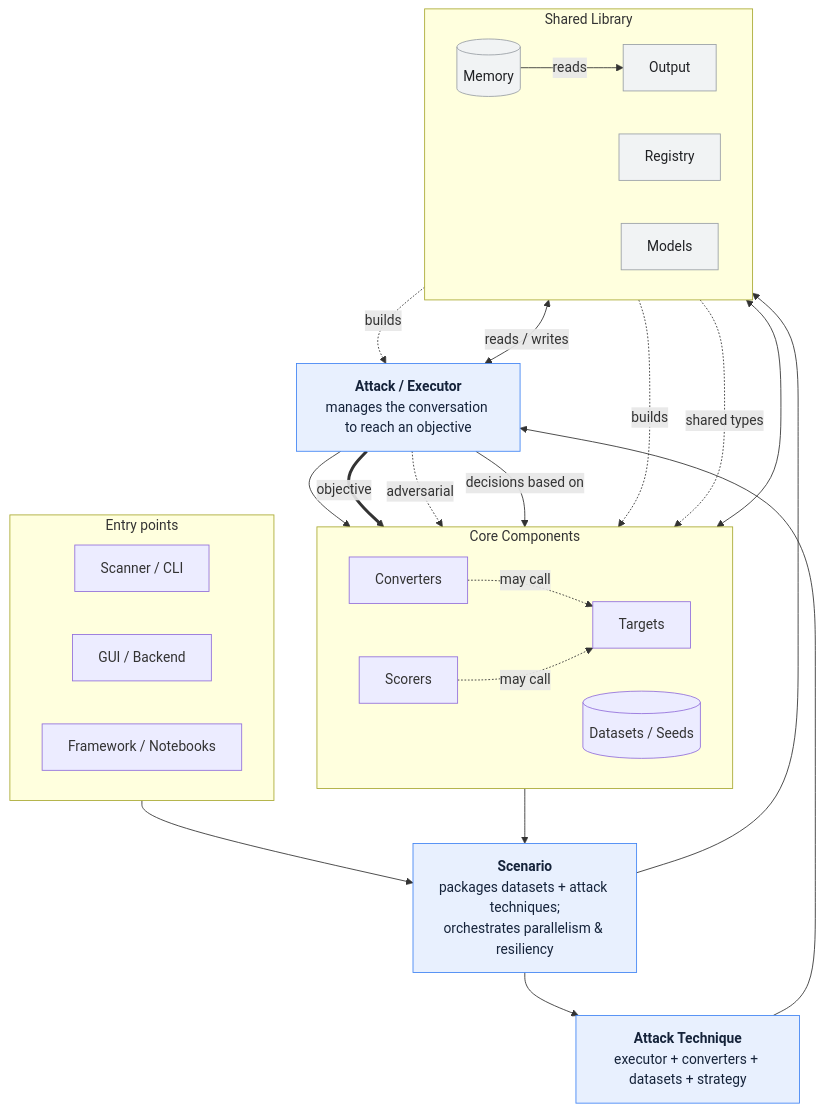
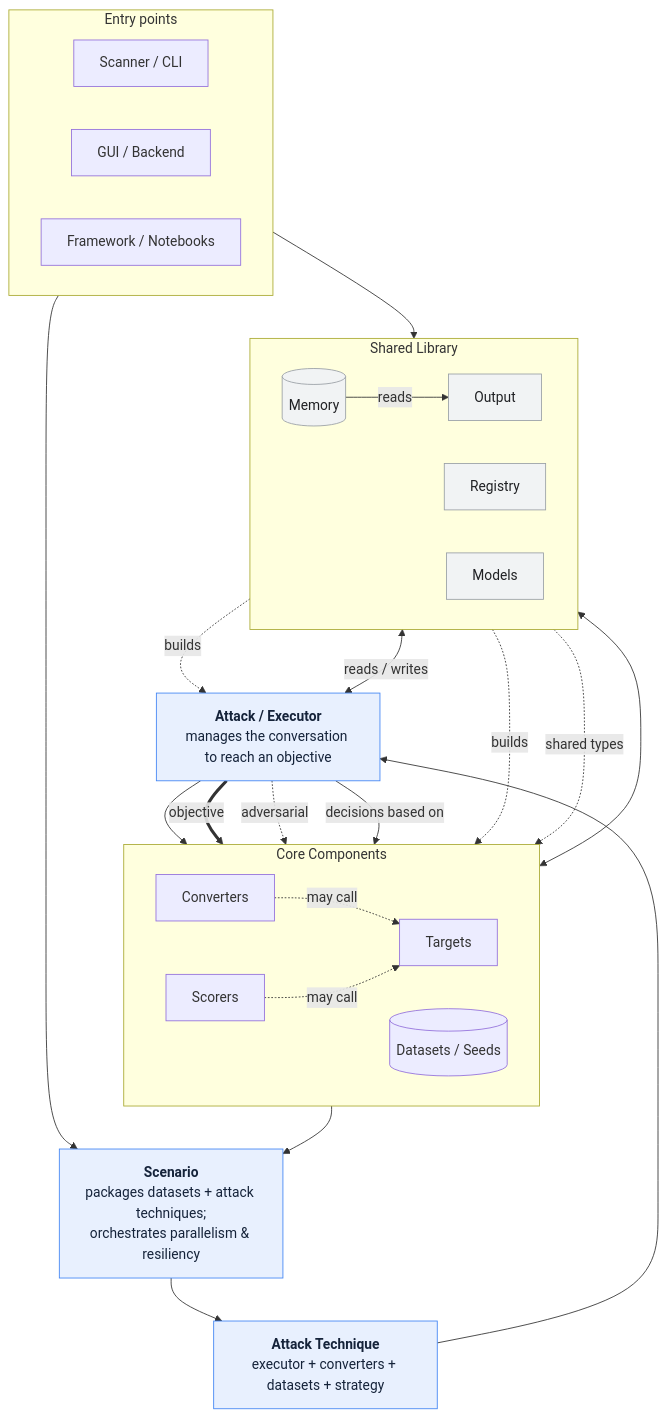
One commit to microsoft/PyRIT changed the first of 2 diagrams in doc/code/framework.md. Above: the diagram before and after it, drawn with Mermaid.

Commit message:
DOC: entry points invoke Output, not scenarios
Scenarios return results; they don't render them. The entry points
(Scanner/CLI, GUI/Backend, Framework/Notebooks) invoke Output to display
results, pulling the data from Memory. Re-point the render edge from
entry points instead of Scenario.

````diff
--- a/doc/code/framework.md
+++ b/doc/code/framework.md
@@ -55,53 +55,53 @@
 ```mermaid
 flowchart TB
     subgraph entry [Entry points]
         direction LR
         CLI[Scanner / CLI]
         GUI[GUI / Backend]
         FW[Framework / Notebooks]
     end
 
     SCEN["<b>Scenario</b><br/>packages datasets + attack techniques;<br/>orchestrates parallelism &amp; resiliency"]
     TECH["<b>Attack Technique</b><br/>executor + converters + datasets + strategy"]
     ATK["<b>Attack / Executor</b><br/>manages the conversation to reach an objective"]
 
     subgraph core [Core Components]
         direction LR
         CONV[Converters]
         SCORE[Scorers]
         TGT[Targets]
         DATA[(Datasets / Seeds)]
     end
 
     subgraph lib [Shared Library]
         direction LR
         MEM[(Memory)]
         REG[Registry]
         MODEL[Models]
         OUT[Output]
     end
 
     entry --> SCEN
     DATA --> SCEN
     SCEN --> TECH --> ATK
 
     ATK --> CONV
     ATK == objective ==> TGT
     ATK -. adversarial .-> TGT
     ATK -- decisions based on --> SCORE
     CONV -. may call .-> TGT
     SCORE -. may call .-> TGT
 
     REG -. builds .-> core
     REG -. builds .-> ATK
     ATK <-- reads / writes --> MEM
     core <--> MEM
-    SCEN --> OUT
+    entry --> OUT
     MEM -- reads --> OUT
     MODEL -. shared types .-> core
 
     classDef flow fill:#e8f0fe,stroke:#4285f4,color:#15233a;
     classDef libnode fill:#f1f3f4,stroke:#9aa0a6,color:#202124;
     class SCEN,TECH,ATK flow;
     class MEM,REG,MODEL,OUT libnode;
 ```
````
